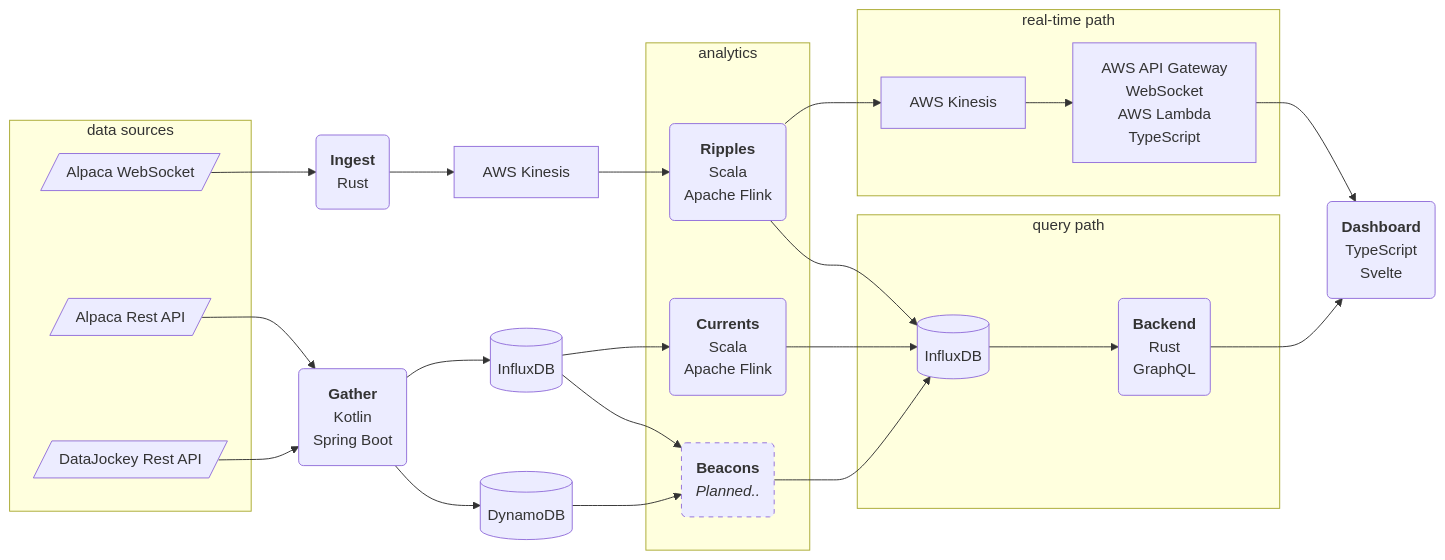
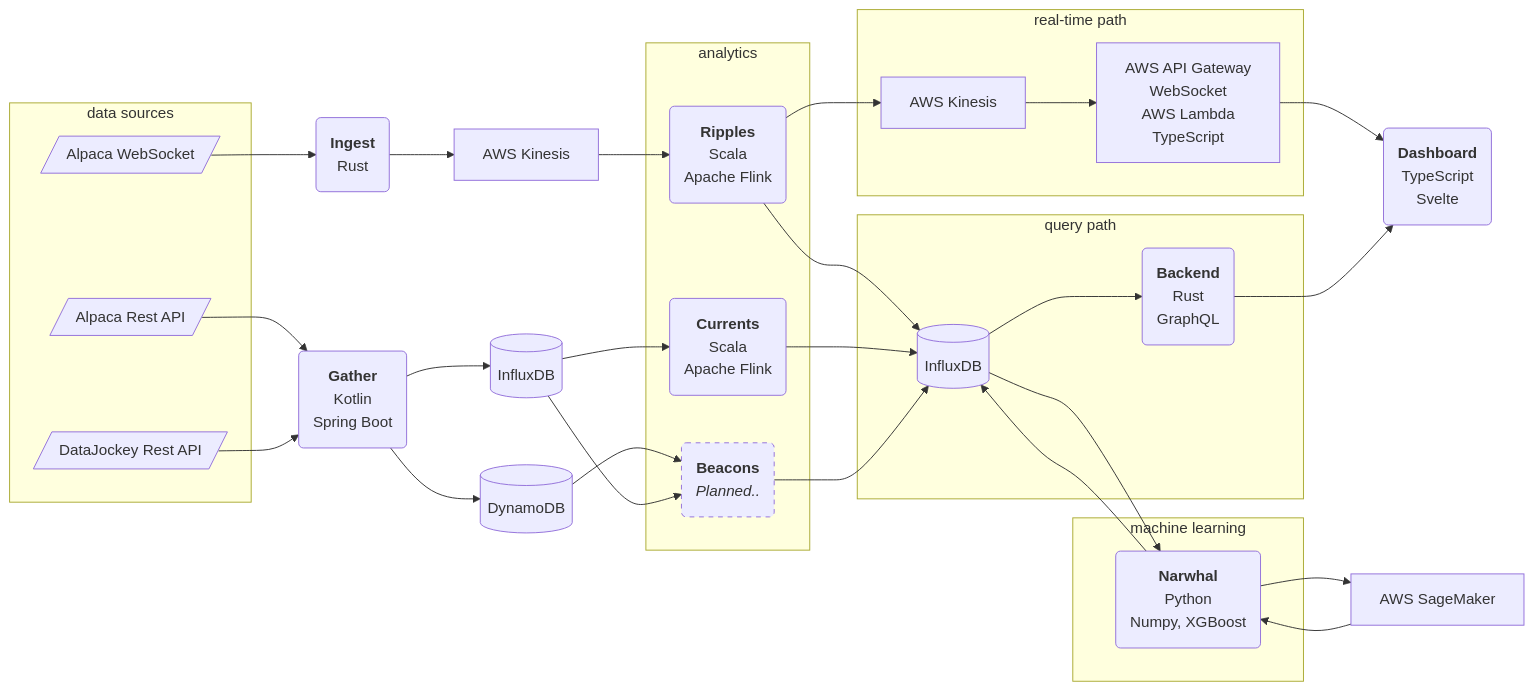
Before and after one commit to anzo-p/stream-lines: the diagram in readme.md, drawn with Mermaid. The commit also changed other lines of this file and 1 other file, not shown here.

Commit message:
add ml to readme

```diff
--- a/readme.md
+++ b/readme.md
@@ -18,6 +18,9 @@
   %% streams
   kinesisUpstream["AWS Kinesis"]
   kinesisDownstream["AWS Kinesis"]
+
+  %% AI
+  sagemaker["AWS SageMaker"]
 
   %% services
   ingest("`**Ingest**
@@ -40,6 +43,10 @@
   `")
   classDef dashedBox stroke-dasharray: 5 5;
   class beacons dashedBox;
+
+  narwhal("`**Narwhal**
+  Python
+  Numpy, XGBoost`")
 
   backend("`**Backend**
   Rust
@@ -78,10 +85,19 @@
   influxdbUpstream --> beacons
   beacons --> influxdbDownstream
 
+  influxdbDownstream --> narwhal
+  narwhal --> sagemaker
+  sagemaker --> narwhal
+  narwhal --> influxdbDownstream
+
   subgraph "analytics"
     ripples
     currents
     beacons
+  end
+
+  subgraph "machine learning"
+    narwhal
   end
 
   subgraph "real-time path"
```
